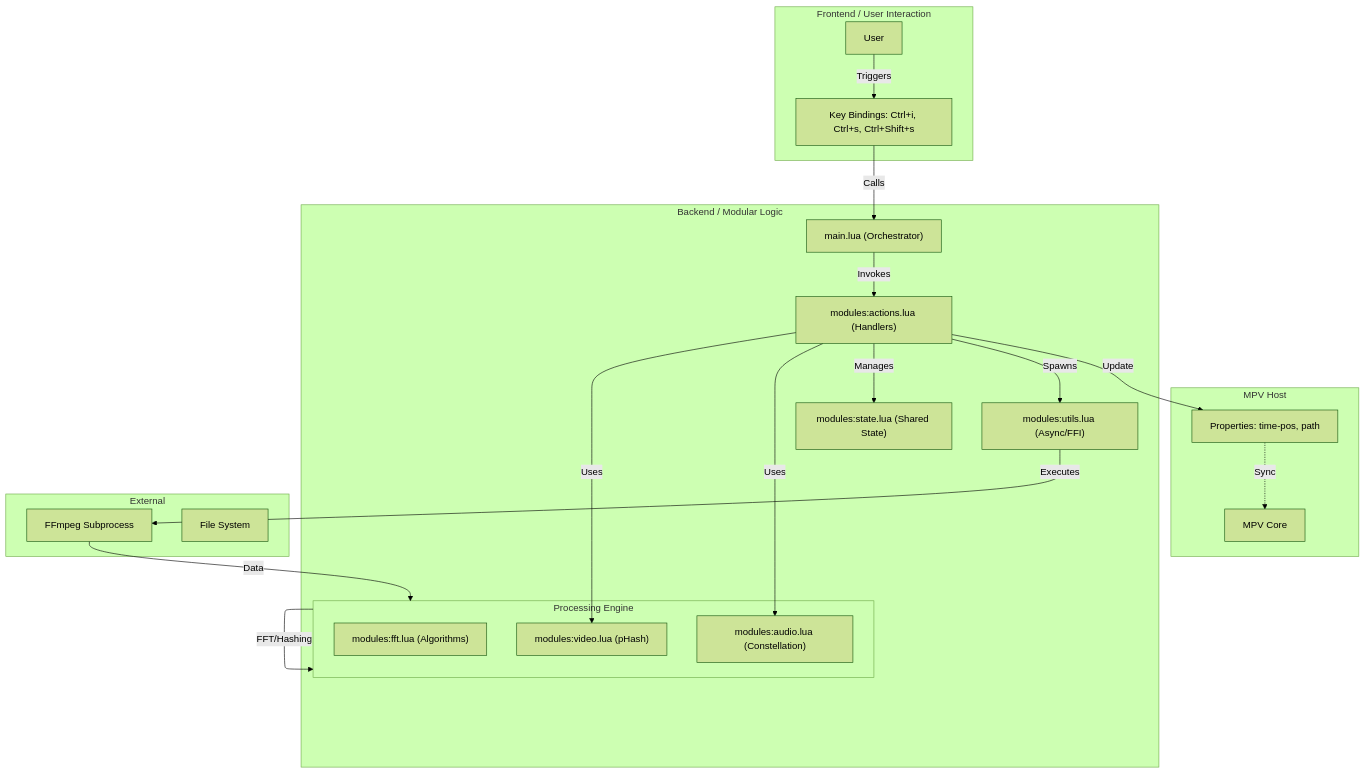
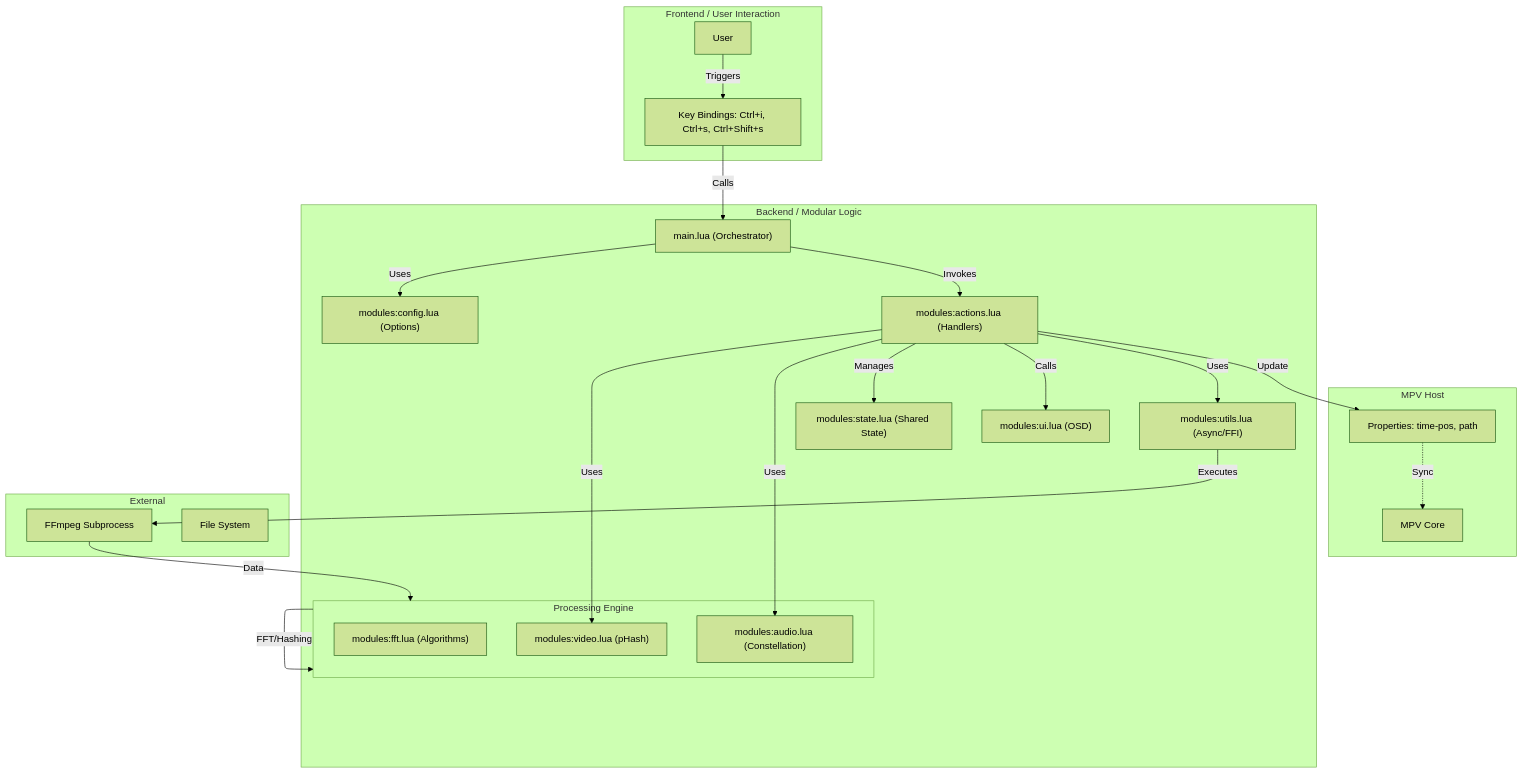
Before and after one commit to jjangsangy/intro-fingerprint: the diagram in memory-bank/systemPatterns.md, drawn with Mermaid (forest theme). The commit also changed other lines of this file and 3 other files, not shown here.

````diff
--- a/memory-bank/systemPatterns.md
+++ b/memory-bank/systemPatterns.md
@@ -6,44 +6,48 @@
 ```mermaid
 flowchart TD
     subgraph Frontend [Frontend / User Interaction]
         User[User]
         KeyBinds["Key Bindings: Ctrl+i, Ctrl+s, Ctrl+Shift+s"]
     end
 
     subgraph Host [MPV Host]
         MPV[MPV Core]
         Properties["Properties: time-pos, path"]
     end
 
     subgraph Backend [Backend / Modular Logic]
         Main["main.lua (Orchestrator)"]
         Actions["modules:actions.lua (Handlers)"]
         Utils["modules:utils.lua (Async/FFI)"]
         State["modules:state.lua (Shared State)"]
+        Config["modules:config.lua (Options)"]
+        UI["modules:ui.lua (OSD)"]
         
         subgraph Engine [Processing Engine]
             FFT["modules:fft.lua (Algorithms)"]
             Video["modules:video.lua (pHash)"]
             Audio["modules:audio.lua (Constellation)"]
         end
     end
 
     subgraph Data [External]
         FFmpeg["FFmpeg Subprocess"]
         FS["File System"]
     end
 
     %% Flow
     User -->|Triggers| KeyBinds
     KeyBinds -->|Calls| Main
+    Main -->|Uses| Config
     Main -->|Invokes| Actions
     Actions -->|Uses| Video
     Actions -->|Uses| Audio
     Actions -->|Manages| State
-    Actions -->|Spawns| Utils
+    Actions -->|Calls| UI
+    Actions -->|Uses| Utils
     Utils -->|Executes| FFmpeg
     FFmpeg -->|Data| Engine
     Engine -->|FFT/Hashing| Engine
     Actions -->|Update| Properties
     Properties -.->|Sync| MPV
 ```
````
